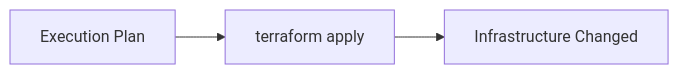
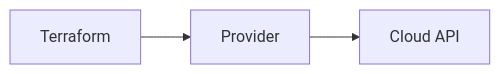
Before and after one commit to arira-ai/ar_terraform: the second of 4 diagrams in 02-Terrafrom_Blocks/02.01-Terraform_Language.md, drawn with Mermaid. The commit also changed other lines of this file, not shown here.

````diff
--- a/02-Terrafrom_Blocks/02.01-Terraform_Language.md
+++ b/02-Terrafrom_Blocks/02.01-Terraform_Language.md
@@ -101,5 +101,5 @@
 ```mermaid
 flowchart LR
-A[Execution Plan] --> B[terraform apply]
-B --> C[Infrastructure Changed]
+A[Terraform] --> B[Provider]
+B --> C[Cloud API]
 ```
````
